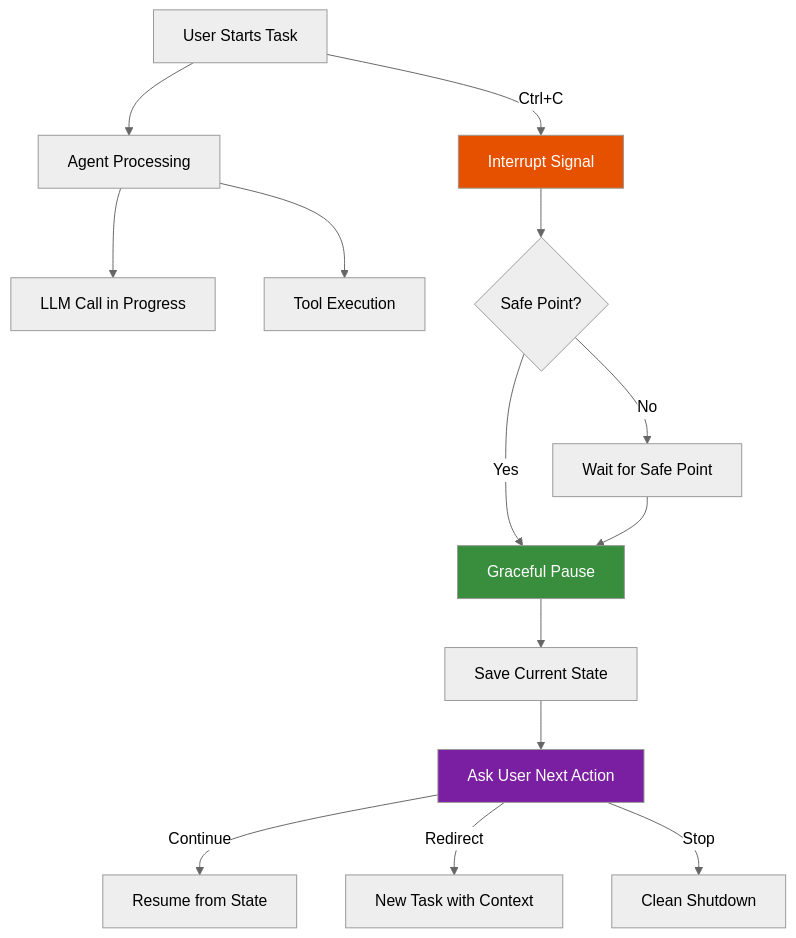
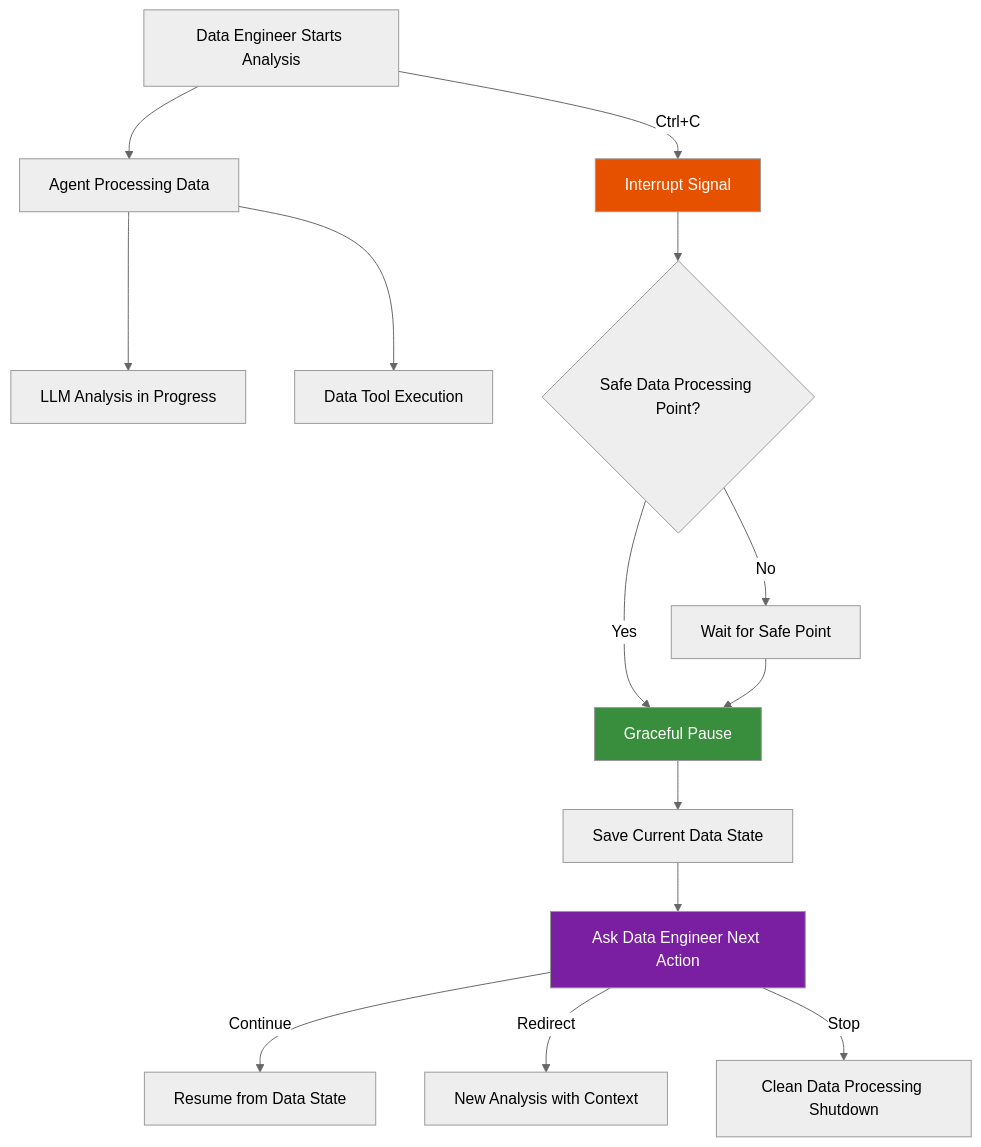
Diagram 11 of 15 in docs-content/01_frameworks/Session1_ModuleD_Coding_Assistant_Case_Study.md (fwornle/agentic-ai-nano), drawn with Mermaid (neutral theme) before and after one commit. The commit also changed other lines of this file and 18 other files, not shown here.

````diff
--- a/docs-content/01_frameworks/Session1_ModuleD_Coding_Assistant_Case_Study.md
+++ b/docs-content/01_frameworks/Session1_ModuleD_Coding_Assistant_Case_Study.md
@@ -657,25 +682,25 @@
 ```mermaid
 graph TD
-    U[User Starts Task] --> A[Agent Processing]
-    A --> LLM[LLM Call in Progress]
-    A --> TOOL[Tool Execution]
+    U[Data Engineer Starts Analysis] --> A[Agent Processing Data]
+    A --> LLM[LLM Analysis in Progress]
+    A --> TOOL[Data Tool Execution]
     
     U -->|Ctrl+C| INT[Interrupt Signal]
-    INT --> CHECK{Safe Point?}
+    INT --> CHECK{Safe Data Processing Point?}
     
     CHECK -->|Yes| PAUSE[Graceful Pause]
     CHECK -->|No| WAIT[Wait for Safe Point]
     
-    PAUSE --> SAVE[Save Current State]
-    SAVE --> ASK[Ask User Next Action]
+    PAUSE --> SAVE[Save Current Data State]
+    SAVE --> ASK[Ask Data Engineer Next Action]
     
-    ASK -->|Continue| RESUME[Resume from State]
-    ASK -->|Redirect| NEW[New Task with Context]
-    ASK -->|Stop| CLEAN[Clean Shutdown]
+    ASK -->|Continue| RESUME[Resume from Data State]
+    ASK -->|Redirect| NEW[New Analysis with Context]
+    ASK -->|Stop| CLEAN[Clean Data Processing Shutdown]
     
     WAIT --> PAUSE
     
     style INT fill:#E65100,color:#ffffff
     style PAUSE fill:#388E3C,color:#ffffff
     style ASK fill:#7B1FA2,color:#ffffff
 ```
````
